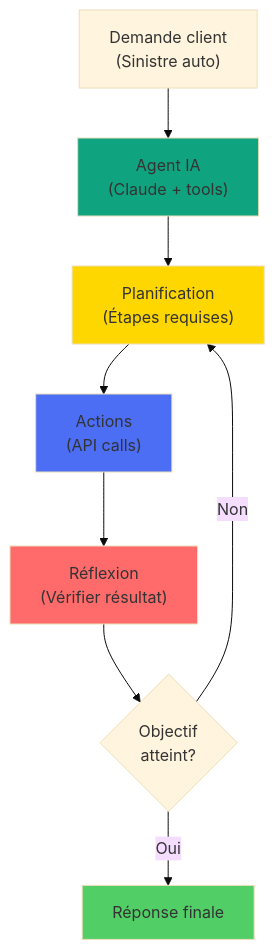
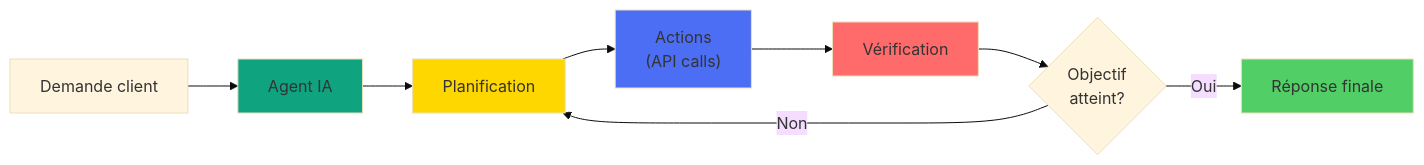
One commit to fpetitit/formation-back-front changed the second of 2 diagrams in pages/ia-mcp.md. Above: the diagram before and after it, drawn with Mermaid (base theme). The commit also changed other lines of this file, not shown here.

````diff
--- a/pages/ia-mcp.md
+++ b/pages/ia-mcp.md
@@ -177,24 +136,24 @@
 ```mermaid
-graph TB
-                            Request["Demande client<br/>(Sinistre auto)"]
-                            Agent["Agent IA<br/>(Claude + tools)"]
-                            Plan["Planification<br/>(Étapes requises)"]
+graph LR
+                            Request["Demande client"]
+                            Agent["Agent IA"]
+                            Plan["Planification"]
                             Action["Actions<br/>(API calls)"]
-                            Reflect["Réflexion<br/>(Vérifier résultat)"]
+                            Reflect["Vérification"]
                             Done{"Objectif<br/>atteint?"}
                             Response["Réponse finale"]
                             
                             Request --> Agent
                             Agent --> Plan
                             Plan --> Action
                             Action --> Reflect
                             Reflect --> Done
                             Done -->|Non| Plan
                             Done -->|Oui| Response
                             
                             style Agent fill:#10a37f
                             style Plan fill:#ffd700
                             style Action fill:#4c6ef5
                             style Reflect fill:#ff6b6b
                             style Response fill:#51cf66
 ```
````
